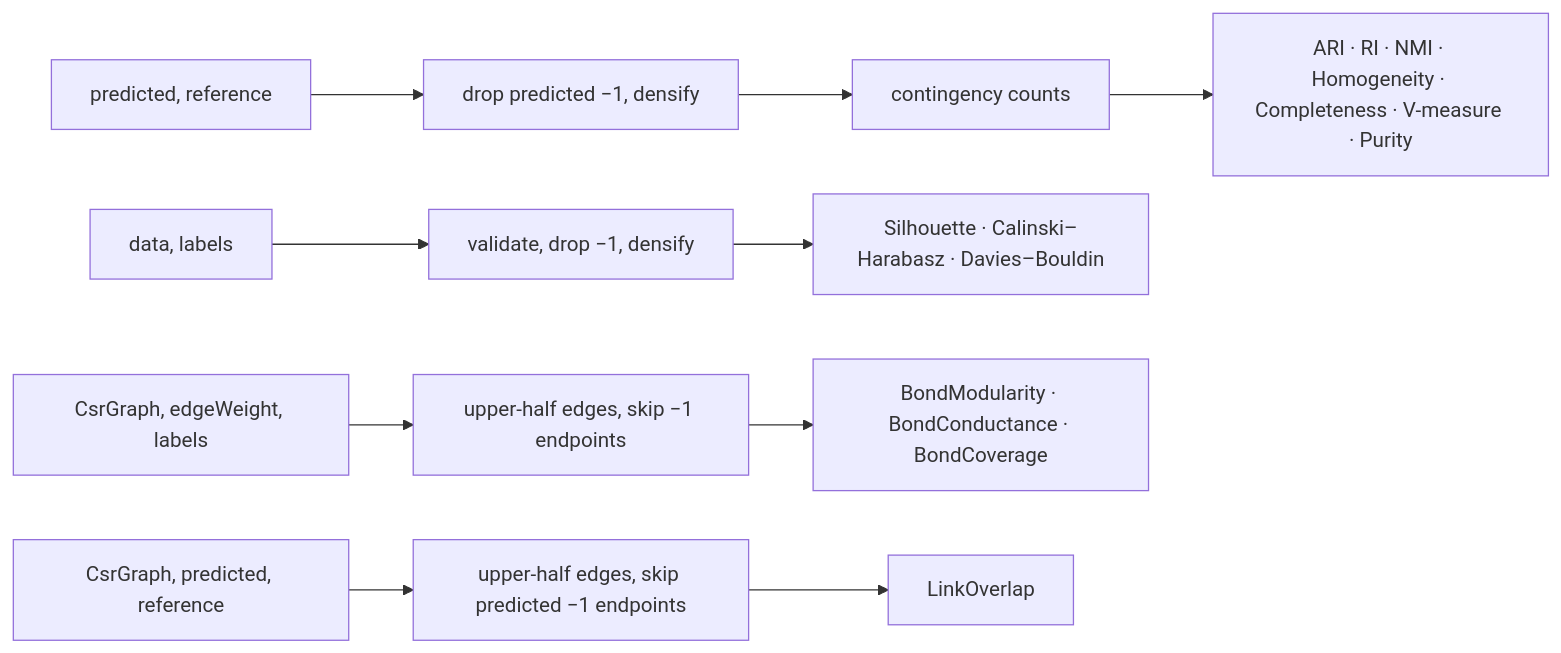
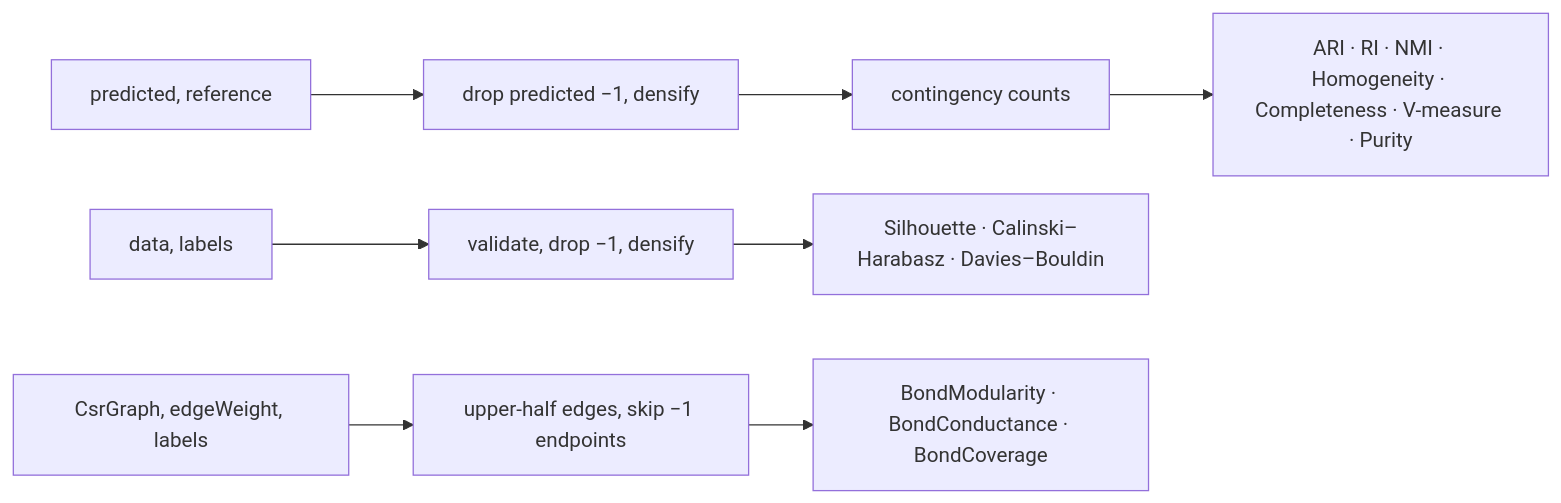
The diagram in docs/Clustering/ClusterEvaluation.md (aghado01/ThermoMapper), drawn with Mermaid before and after one commit. The commit also changed other lines of this file and 8 other files, not shown here.

First line of the commit message:
refactor(observables): LinkOverlap is an observable, not an evaluator

````diff
--- a/docs/Clustering/ClusterEvaluation.md
+++ b/docs/Clustering/ClusterEvaluation.md
@@ -27,7 +26,6 @@
 ```mermaid
 flowchart LR
   E1["predicted, reference"] --> E2["drop predicted −1, densify"] --> E3["contingency counts"] --> E4["ARI · RI · NMI · Homogeneity · Completeness · V-measure · Purity"]
   I1["data, labels"] --> I2["validate, drop −1, densify"] --> I3["Silhouette · Calinski–Harabasz · Davies–Bouldin"]
   G1["CsrGraph, edgeWeight, labels"] --> G2["upper-half edges, skip −1 endpoints"] --> G3["BondModularity · BondConductance · BondCoverage"]
-  X1["CsrGraph, predicted, reference"] --> X2["upper-half edges, skip predicted −1 endpoints"] --> X3["LinkOverlap"]
 ```
````
